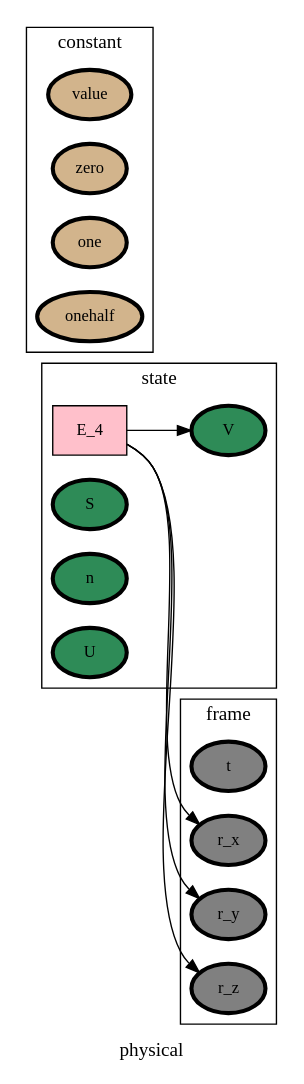
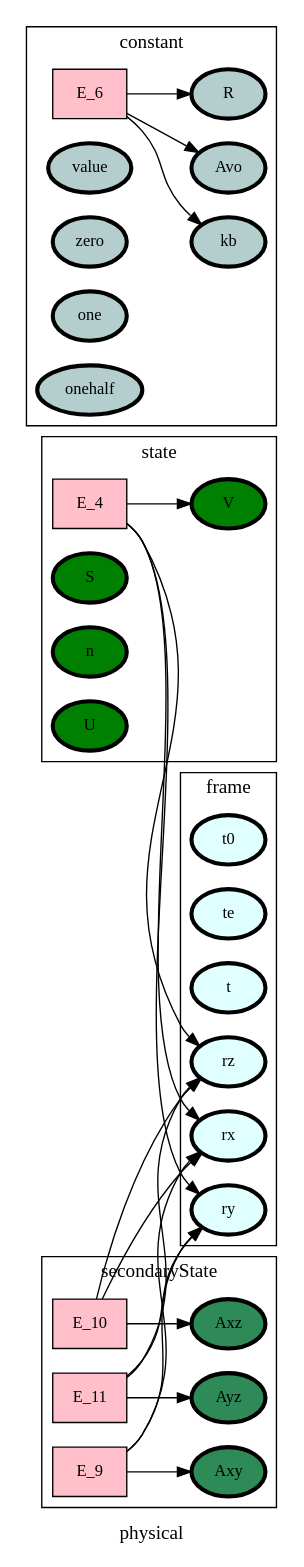
Before and after one commit to heinz-preisig/processes_distributed_no_interface_eqs: the diagram in ontology_graphs/graph__physical.dot, drawn with Graphviz. The commit also changed 97 other files, not shown here.

```diff
--- a/ontology_graphs/graph__physical.dot
+++ b/ontology_graphs/graph__physical.dot
@@ -1,76 +1,100 @@
 digraph physical {
 label=physical;
 rankdir=LR;
 subgraph cluster_physical___network {
 label=network;
 rankdir=LR;
 }
 
 subgraph cluster_physical___differenceOperator {
 label=differenceOperator;
 rankdir=LR;
 }
 
 subgraph cluster_physical___frame {
 label=frame;
 rankdir=LR;
-V_5 [fillcolor=grey, fontsize=12, label=t, penwidth=3, style=filled];
-V_6 [fillcolor=grey, fontsize=12, label=r_x, penwidth=3, style=filled];
-V_7 [fillcolor=grey, fontsize=12, label=r_y, penwidth=3, style=filled];
-V_8 [fillcolor=grey, fontsize=12, label=r_z, penwidth=3, style=filled];
+V_18 [fillcolor=lightcyan, fontsize=12, label=t0, penwidth=3, style=filled];
+V_19 [fillcolor=lightcyan, fontsize=12, label=te, penwidth=3, style=filled];
+V_5 [fillcolor=lightcyan, fontsize=12, label=t, penwidth=3, style=filled];
+V_6 [fillcolor=lightcyan, fontsize=12, label=rx, penwidth=3, style=filled];
+V_7 [fillcolor=lightcyan, fontsize=12, label=ry, penwidth=3, style=filled];
+V_8 [fillcolor=lightcyan, fontsize=12, label=rz, penwidth=3, style=filled];
 }
 
 E_4 -> V_6  [splines=ortho];
 E_4 -> V_7  [splines=ortho];
 E_4 -> V_8  [splines=ortho];
 subgraph cluster_physical___state {
 label=state;
 rankdir=LR;
-V_10 [fillcolor=seagreen, fontsize=12, label=S, penwidth=3, style=filled];
-V_11 [fillcolor=seagreen, fontsize=12, label=n, penwidth=3, style=filled];
-V_12 [fillcolor=seagreen, fontsize=12, label=V, penwidth=3, style=filled];
-V_9 [fillcolor=seagreen, fontsize=12, label=U, penwidth=3, style=filled];
+V_10 [fillcolor=green, fontsize=12, label=S, penwidth=3, style=filled];
+V_11 [fillcolor=green, fontsize=12, label=n, penwidth=3, style=filled];
+V_12 [fillcolor=green, fontsize=12, label=V, penwidth=3, style=filled];
+V_9 [fillcolor=green, fontsize=12, label=U, penwidth=3, style=filled];
 E_4 [fillcolor=pink, fontsize=12, shape=box, style=filled];
 E_4 -> V_12  [splines=ortho];
 }
 
+E_6 -> V_15  [splines=ortho];
+E_6 -> V_16  [splines=ortho];
 subgraph cluster_physical___constant {
 label=constant;
 rankdir=LR;
-V_1 [fillcolor=tan, fontsize=12, label=value, penwidth=3, style=filled];
-V_2 [fillcolor=tan, fontsize=12, label=zero, penwidth=3, style=filled];
-V_3 [fillcolor=tan, fontsize=12, label=one, penwidth=3, style=filled];
-V_4 [fillcolor=tan, fontsize=12, label=onehalf, penwidth=3, style=filled];
+V_1 [fillcolor=lightcyan3, fontsize=12, label=value, penwidth=3, style=filled];
+V_15 [fillcolor=lightcyan3, fontsize=12, label=kb, penwidth=3, style=filled];
+V_16 [fillcolor=lightcyan3, fontsize=12, label=Avo, penwidth=3, style=filled];
+V_17 [fillcolor=lightcyan3, fontsize=12, label=R, penwidth=3, style=filled];
+V_2 [fillcolor=lightcyan3, fontsize=12, label=zero, penwidth=3, style=filled];
+V_3 [fillcolor=lightcyan3, fontsize=12, label=one, penwidth=3, style=filled];
+V_4 [fillcolor=lightcyan3, fontsize=12, label=onehalf, penwidth=3, style=filled];
+E_6 [fillcolor=pink, fontsize=12, shape=box, style=filled];
+E_6 -> V_17  [splines=ortho];
 }
 
 subgraph cluster_physical___effort {
 label=effort;
 rankdir=LR;
 }
 
+E_9 -> V_6  [splines=ortho];
+E_9 -> V_7  [splines=ortho];
+E_10 -> V_6  [splines=ortho];
+E_10 -> V_8  [splines=ortho];
+E_11 -> V_7  [splines=ortho];
+E_11 -> V_8  [splines=ortho];
 subgraph cluster_physical___secondaryState {
 label=secondaryState;
 rankdir=LR;
+V_20 [fillcolor=seagreen, fontsize=12, label=Axy, penwidth=3, style=filled];
+V_21 [fillcolor=seagreen, fontsize=12, label=Axz, penwidth=3, style=filled];
+V_22 [fillcolor=seagreen, fontsize=12, label=Ayz, penwidth=3, style=filled];
+E_9 [fillcolor=pink, fontsize=12, shape=box, style=filled];
+E_9 -> V_20  [splines=ortho];
+E_10 [fillcolor=pink, fontsize=12, shape=box, style=filled];
+E_10 -> V_21  [splines=ortho];
+E_11 [fillcolor=pink, fontsize=12, shape=box, style=filled];
+E_11 -> V_22  [splines=ortho];
 }
 
 subgraph cluster_physical___diffState {
 label=diffState;
 rankdir=LR;
 }
 
 subgraph cluster_physical___conversion {
 label=conversion;
 rankdir=LR;
 }
 
 subgraph cluster_physical___controlInput {
 label=controlInput;
 rankdir=LR;
 }
 
 subgraph cluster_physical___observation {
 label=observation;
 rankdir=LR;
 }
 
 }
```
